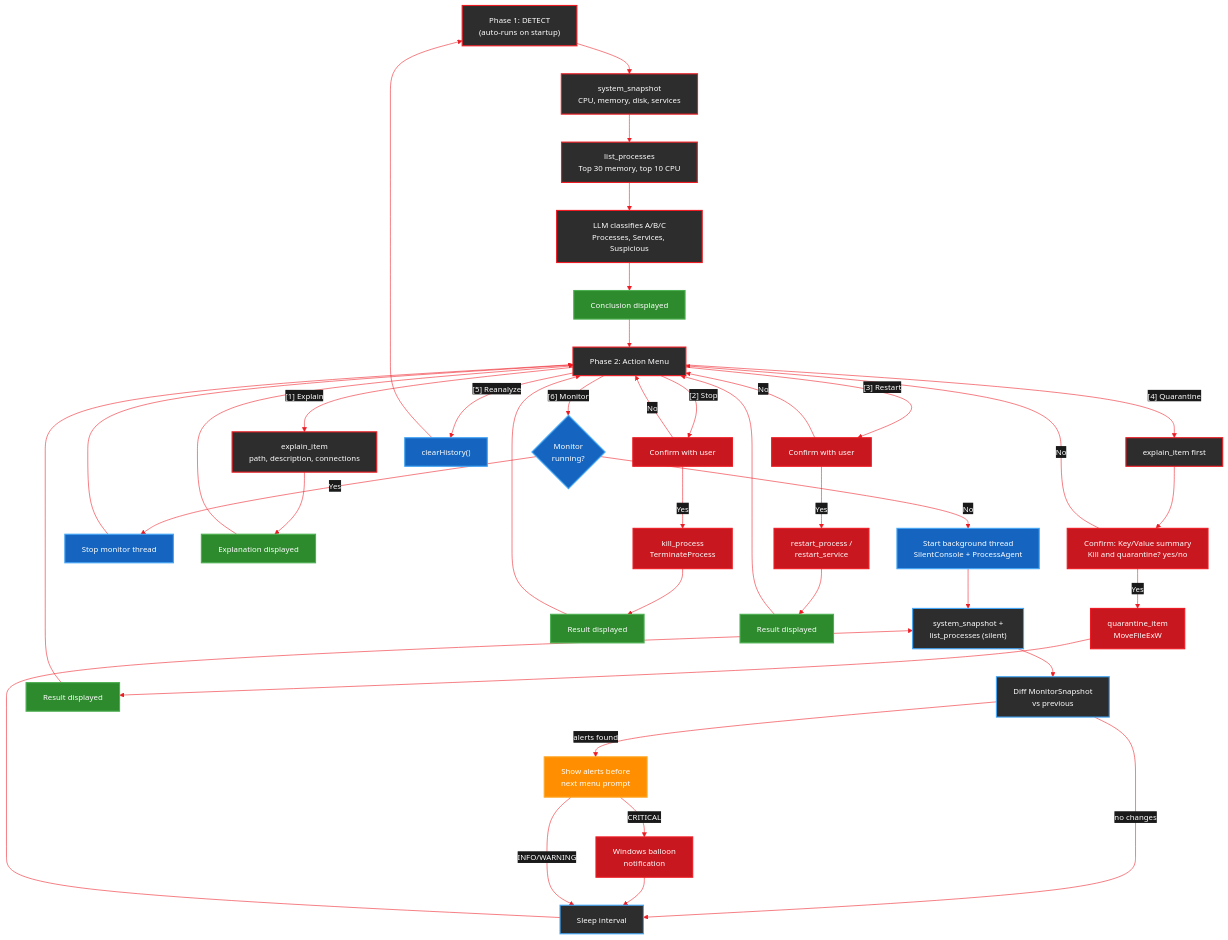
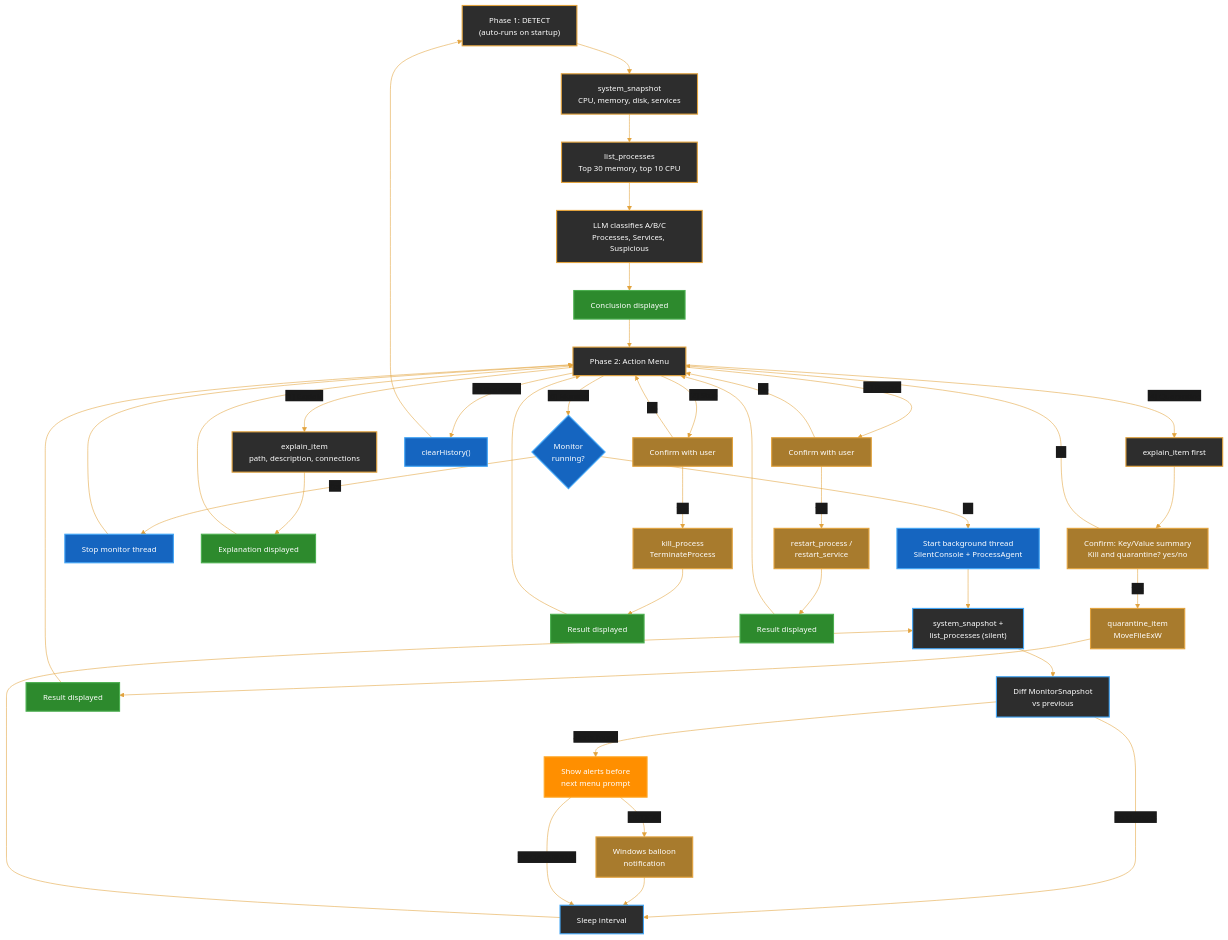
One commit to amd/gaia changed the second of 2 diagrams in docs/cpp/process-agent.mdx. Above: the diagram before and after it, drawn with Mermaid. The commit also changed other lines of this file and 37 other files, not shown here.

````diff
--- a/docs/cpp/process-agent.mdx
+++ b/docs/cpp/process-agent.mdx
@@ -512,76 +512,76 @@
 ```mermaid
-%%{init: {'theme':'base', 'themeVariables': { 'primaryColor':'#ED1C24', 'fontSize':'14px', 'lineColor':'#ED1C24', 'primaryTextColor':'#fff', 'edgeLabelBackground':'#1a1a1a'}, 'flowchart': {'curve': 'basis'}}}%%
+%%{init: {'theme':'base', 'themeVariables': { 'primaryColor':'#E2A33E', 'fontSize':'14px', 'lineColor':'#E2A33E', 'primaryTextColor':'#1a1a1a', 'edgeLabelBackground':'#1a1a1a'}, 'flowchart': {'curve': 'basis'}}}%%
 flowchart TD
     START["Phase 1: DETECT<br/>(auto-runs on startup)"] --> SS["system_snapshot<br/>CPU, memory, disk, services"]
     SS --> LP["list_processes<br/>Top 30 memory, top 10 CPU"]
     LP --> CLASS["LLM classifies A/B/C<br/>Processes, Services, Suspicious"]
     CLASS --> CONC1["Conclusion displayed"]
     CONC1 --> MENU["Phase 2: Action Menu"]
 
     MENU -->|"[1] Explain"| EX["explain_item<br/>path, description, connections"]
     MENU -->|"[2] Stop"| CONF_S["Confirm with user"]
     MENU -->|"[3] Restart"| CONF_R["Confirm with user"]
     MENU -->|"[4] Quarantine"| EX_Q["explain_item first"]
     MENU -->|"[5] Reanalyze"| CLEAR["clearHistory()"]
     MENU -->|"[6] Monitor"| MTOG{"Monitor\nrunning?"}
     MTOG -->|No| MSTART["Start background thread<br/>SilentConsole + ProcessAgent"]
     MTOG -->|Yes| MSTOP["Stop monitor thread"]
     MSTART --> MSCAN["system_snapshot +<br/>list_processes (silent)"]
     MSCAN --> MDIFF["Diff MonitorSnapshot<br/>vs previous"]
     MDIFF -->|"alerts found"| MALERT["Show alerts before<br/>next menu prompt"]
     MDIFF -->|"no changes"| MWAIT["Sleep interval"]
     MALERT -->|"CRITICAL"| MBALLOON["Windows balloon<br/>notification"]
     MBALLOON --> MWAIT
     MALERT -->|"INFO/WARNING"| MWAIT
     MWAIT --> MSCAN
     MSTOP --> MENU
 
     EX --> ANS1["Explanation displayed"]
     ANS1 --> MENU
 
     CONF_S -->|Yes| KILL["kill_process<br/>TerminateProcess"]
     CONF_S -->|No| MENU
     KILL --> ANS2["Result displayed"]
     ANS2 --> MENU
 
     CONF_R -->|Yes| RESTART["restart_process /<br/>restart_service"]
     CONF_R -->|No| MENU
     RESTART --> ANS3["Result displayed"]
     ANS3 --> MENU
 
     EX_Q --> CONF_Q["Confirm: Key/Value summary<br/>Kill and quarantine? yes/no"]
     CONF_Q -->|Yes| QUAR["quarantine_item<br/>MoveFileExW"]
     CONF_Q -->|No| MENU
     QUAR --> ANS4["Result displayed"]
     ANS4 --> MENU
 
     CLEAR --> START
 
-    style START fill:#2d2d2d,stroke:#ED1C24,stroke-width:2px,color:#fff
-    style SS fill:#2d2d2d,stroke:#ED1C24,stroke-width:2px,color:#fff
-    style LP fill:#2d2d2d,stroke:#ED1C24,stroke-width:2px,color:#fff
-    style CLASS fill:#2d2d2d,stroke:#ED1C24,stroke-width:2px,color:#fff
+    style START fill:#2d2d2d,stroke:#E2A33E,stroke-width:2px,color:#fff
+    style SS fill:#2d2d2d,stroke:#E2A33E,stroke-width:2px,color:#fff
+    style LP fill:#2d2d2d,stroke:#E2A33E,stroke-width:2px,color:#fff
+    style CLASS fill:#2d2d2d,stroke:#E2A33E,stroke-width:2px,color:#fff
     style CONC1 fill:#2d8a2d,stroke:#4CAF50,stroke-width:2px,color:#fff
-    style MENU fill:#2d2d2d,stroke:#ED1C24,stroke-width:2px,color:#fff
-    style EX fill:#2d2d2d,stroke:#ED1C24,stroke-width:2px,color:#fff
-    style CONF_S fill:#C8171E,stroke:#ED1C24,stroke-width:2px,color:#fff
-    style CONF_R fill:#C8171E,stroke:#ED1C24,stroke-width:2px,color:#fff
-    style EX_Q fill:#2d2d2d,stroke:#ED1C24,stroke-width:2px,color:#fff
-    style CONF_Q fill:#C8171E,stroke:#ED1C24,stroke-width:2px,color:#fff
-    style KILL fill:#C8171E,stroke:#ED1C24,stroke-width:2px,color:#fff
-    style RESTART fill:#C8171E,stroke:#ED1C24,stroke-width:2px,color:#fff
-    style QUAR fill:#C8171E,stroke:#ED1C24,stroke-width:2px,color:#fff
+    style MENU fill:#2d2d2d,stroke:#E2A33E,stroke-width:2px,color:#fff
+    style EX fill:#2d2d2d,stroke:#E2A33E,stroke-width:2px,color:#fff
+    style CONF_S fill:#A87B2D,stroke:#E2A33E,stroke-width:2px,color:#fff
+    style CONF_R fill:#A87B2D,stroke:#E2A33E,stroke-width:2px,color:#fff
+    style EX_Q fill:#2d2d2d,stroke:#E2A33E,stroke-width:2px,color:#fff
+    style CONF_Q fill:#A87B2D,stroke:#E2A33E,stroke-width:2px,color:#fff
+    style KILL fill:#A87B2D,stroke:#E2A33E,stroke-width:2px,color:#fff
+    style RESTART fill:#A87B2D,stroke:#E2A33E,stroke-width:2px,color:#fff
+    style QUAR fill:#A87B2D,stroke:#E2A33E,stroke-width:2px,color:#fff
     style CLEAR fill:#1565C0,stroke:#42A5F5,stroke-width:2px,color:#fff
     style MTOG fill:#1565C0,stroke:#42A5F5,stroke-width:2px,color:#fff
     style MSTART fill:#1565C0,stroke:#42A5F5,stroke-width:2px,color:#fff
     style MSTOP fill:#1565C0,stroke:#42A5F5,stroke-width:2px,color:#fff
     style MSCAN fill:#2d2d2d,stroke:#42A5F5,stroke-width:2px,color:#fff
     style MDIFF fill:#2d2d2d,stroke:#42A5F5,stroke-width:2px,color:#fff
     style MALERT fill:#FF8F00,stroke:#FFA726,stroke-width:2px,color:#fff
-    style MBALLOON fill:#C8171E,stroke:#ED1C24,stroke-width:2px,color:#fff
+    style MBALLOON fill:#A87B2D,stroke:#E2A33E,stroke-width:2px,color:#fff
     style MWAIT fill:#2d2d2d,stroke:#42A5F5,stroke-width:2px,color:#fff
     style ANS1 fill:#2d8a2d,stroke:#4CAF50,stroke-width:2px,color:#fff
     style ANS2 fill:#2d8a2d,stroke:#4CAF50,stroke-width:2px,color:#fff
     style ANS3 fill:#2d8a2d,stroke:#4CAF50,stroke-width:2px,color:#fff
     style ANS4 fill:#2d8a2d,stroke:#4CAF50,stroke-width:2px,color:#fff
 ```
````
